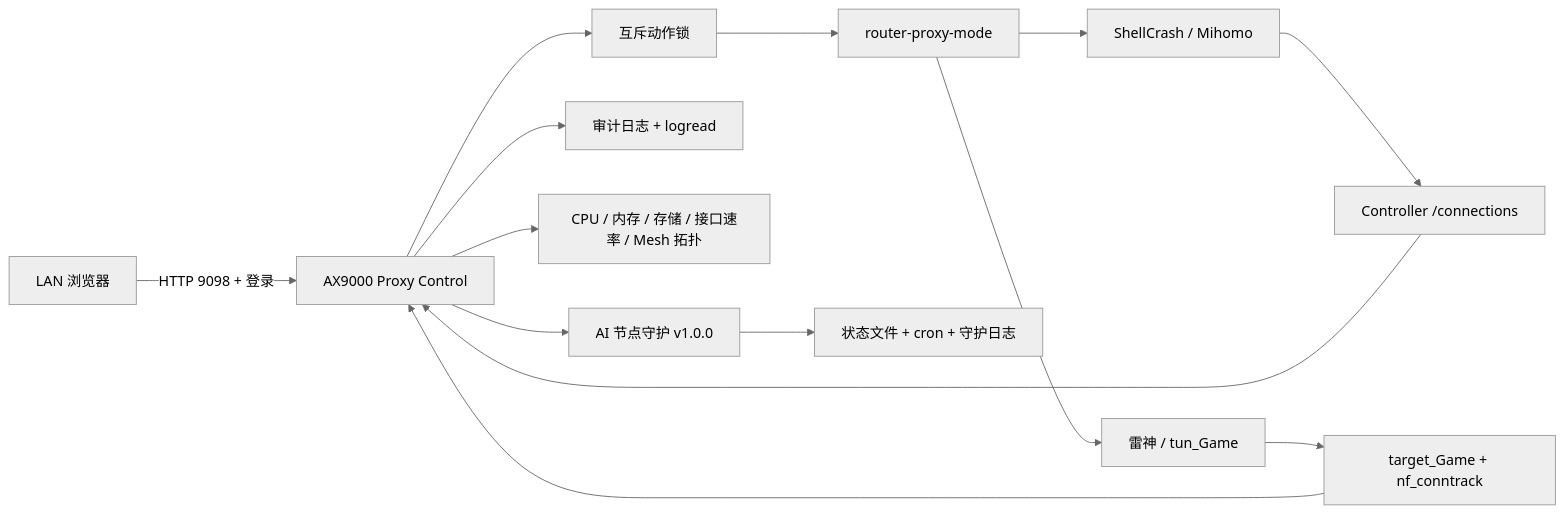
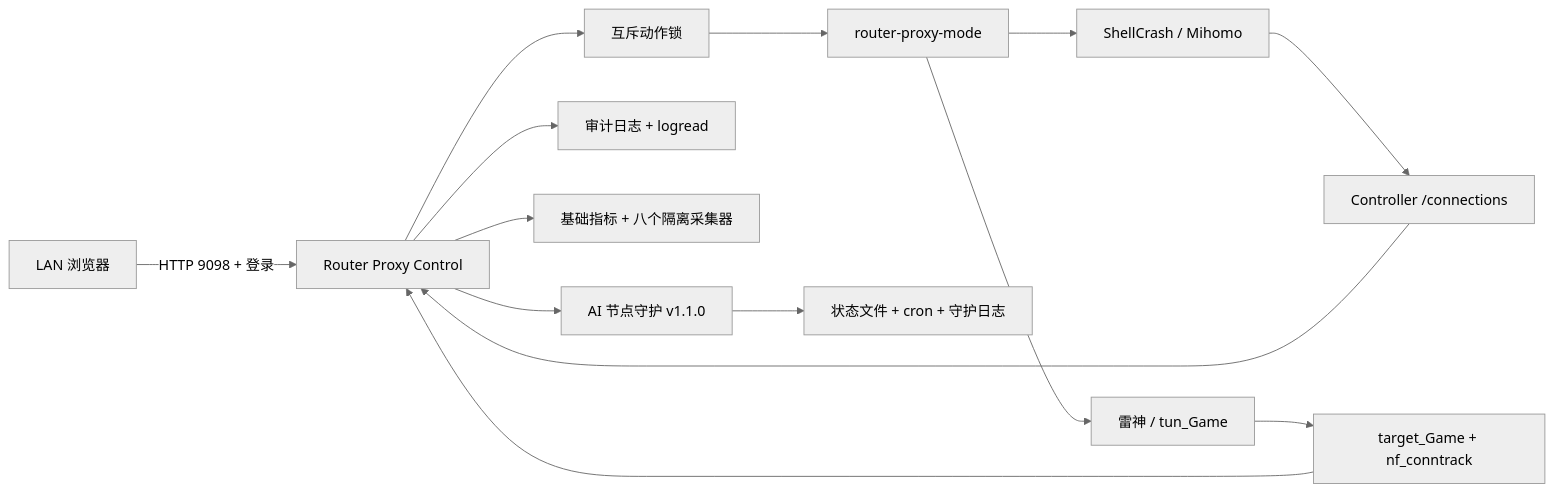
One commit to codenomad-collab/ax9000-proxy-control changed the diagram in README.md. Above: the diagram before and after it, drawn with Mermaid (neutral theme). The commit also changed other lines of this file and 62 other files, not shown here.

````diff
--- a/README.md
+++ b/README.md
@@ -43,16 +49,16 @@
 ```mermaid
 flowchart LR
-    Browser["LAN 浏览器"] -->|"HTTP 9098 + 登录"| Control["AX9000 Proxy Control"]
+    Browser["LAN 浏览器"] -->|"HTTP 9098 + 登录"| Control["Router Proxy Control"]
     Control --> Lock["互斥动作锁"]
     Lock --> Mode["router-proxy-mode"]
     Mode --> Shell["ShellCrash / Mihomo"]
     Mode --> LeiGod["雷神 / tun_Game"]
     Shell --> MihomoAPI["Controller /connections"]
     LeiGod --> Kernel["target_Game + nf_conntrack"]
     MihomoAPI --> Control
     Kernel --> Control
     Control --> Logs["审计日志 + logread"]
-    Control --> Metrics["CPU / 内存 / 存储 / 接口速率 / Mesh 拓扑"]
-    Control --> Guard["AI 节点守护 v1.0.0"]
+    Control --> Metrics["基础指标 + 八个隔离采集器"]
+    Control --> Guard["AI 节点守护 v1.1.0"]
     Guard --> GuardState["状态文件 + cron + 守护日志"]
 ```
````
